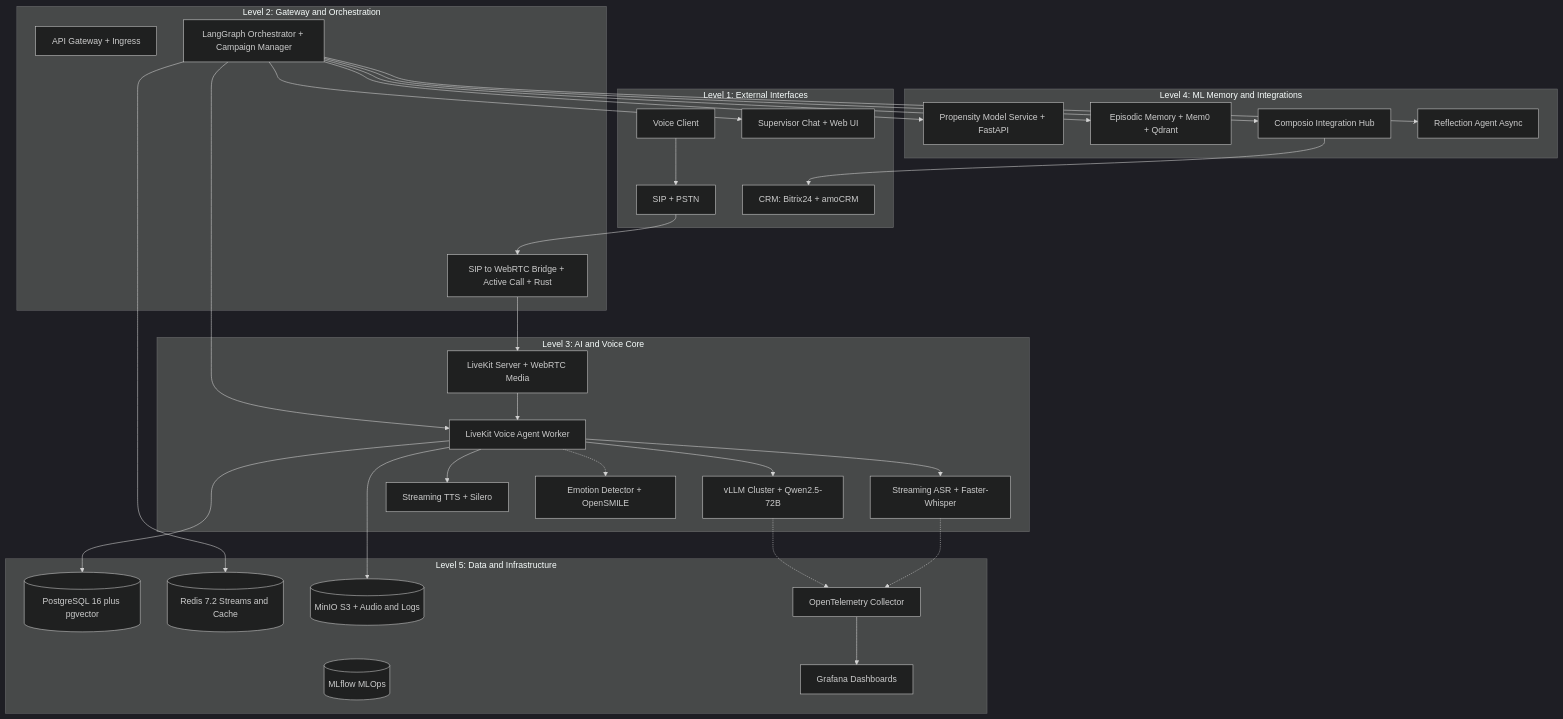
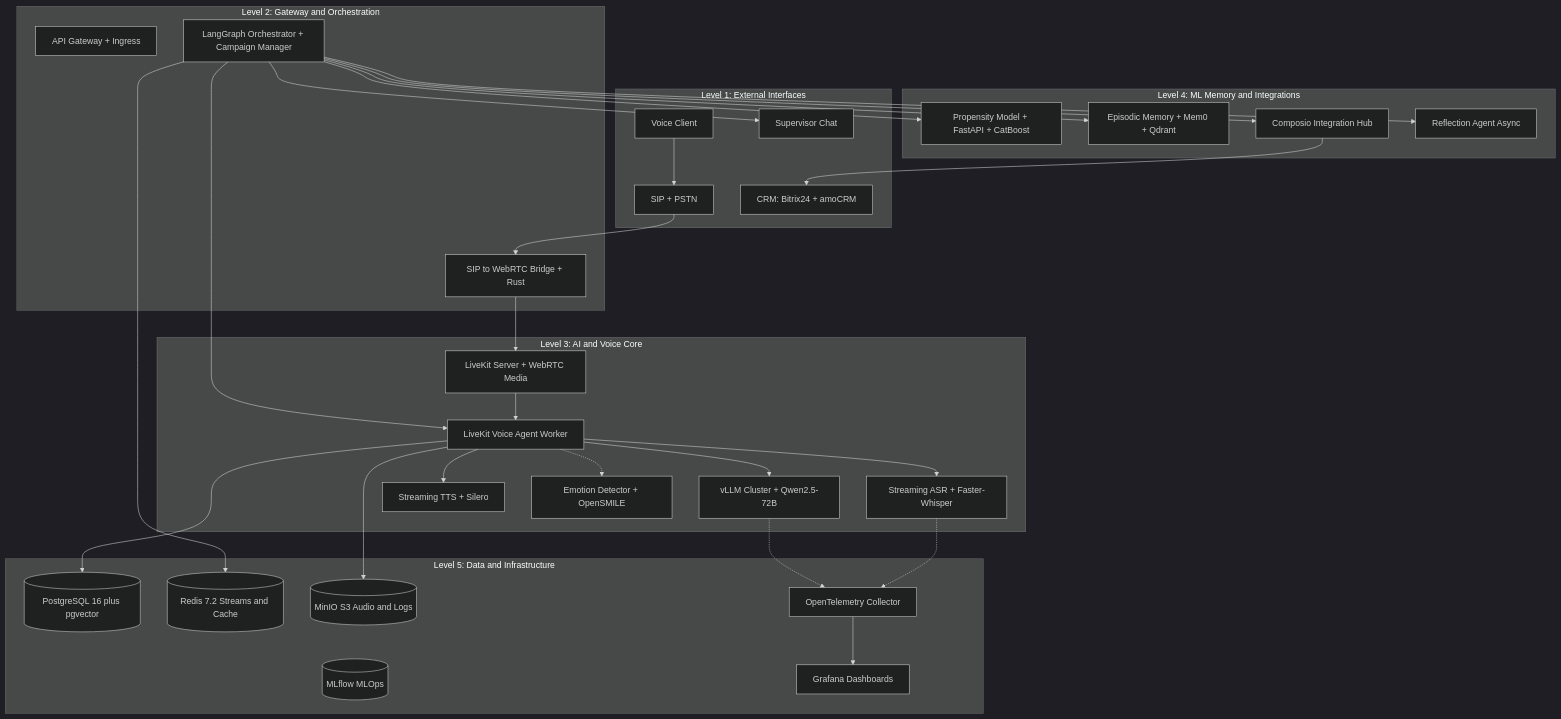
The first of 4 diagrams in docs/architecture.md (cc-automation-projects/voicegraph-autonomous-agent), drawn with Mermaid (dark theme) before and after one commit.

Commit message:
VGAA-docs обновление docs/architecture.md

````diff
--- a/docs/architecture.md
+++ b/docs/architecture.md
@@ -16,67 +16,67 @@
 ```mermaid
 graph TD
     subgraph "Level 1: External Interfaces"
+        Client[Voice Client]
         SIP[SIP + PSTN]
-        Client[Voice Client]
         CRM[CRM: Bitrix24 + amoCRM]
-        Supervisor[Supervisor Chat + Web UI]
+        Supervisor[Supervisor Chat]
     end
 
     subgraph "Level 2: Gateway and Orchestration"
         APIGW[API Gateway + Ingress]
-        SIPBridge[SIP to WebRTC Bridge + Active Call + Rust]
+        SIPBridge[SIP to WebRTC Bridge + Rust]
         LangGraph[LangGraph Orchestrator + Campaign Manager]
     end
 
     subgraph "Level 3: AI and Voice Core"
         LiveKit[LiveKit Server + WebRTC Media]
         VoiceWorker[LiveKit Voice Agent Worker]
         vLLM[vLLM Cluster + Qwen2.5-72B]
         ASR[Streaming ASR + Faster-Whisper]
         TTS[Streaming TTS + Silero]
         Emotion[Emotion Detector + OpenSMILE]
     end
 
     subgraph "Level 4: ML Memory and Integrations"
-        CatBoost[Propensity Model Service + FastAPI]
+        CatBoost[Propensity Model + FastAPI + CatBoost]
         Mem0[Episodic Memory + Mem0 + Qdrant]
         Composio[Composio Integration Hub]
         Reflection[Reflection Agent Async]
     end
 
     subgraph "Level 5: Data and Infrastructure"
         PG[(PostgreSQL 16 plus pgvector)]
         Redis[(Redis 7.2 Streams and Cache)]
-        MinIO[(MinIO S3 + Audio and Logs)]
+        MinIO[(MinIO S3 Audio and Logs)]
         MLflow[(MLflow MLOps)]
         OTel[OpenTelemetry Collector]
         Grafana[Grafana Dashboards]
     end
 
     Client --> SIP
     SIP --> SIPBridge
     SIPBridge --> LiveKit
     LiveKit --> VoiceWorker
     
     VoiceWorker --> ASR
     VoiceWorker --> vLLM
     VoiceWorker --> TTS
     VoiceWorker -.-> Emotion
     
     LangGraph --> VoiceWorker
     LangGraph --> CatBoost
     LangGraph --> Mem0
     LangGraph --> Reflection
     
     LangGraph --> Composio
     Composio --> CRM
     LangGraph --> Supervisor
     
     VoiceWorker --> PG
     VoiceWorker --> MinIO
     LangGraph --> Redis
     
     ASR -.-> OTel
     vLLM -.-> OTel
     OTel --> Grafana
 ```
````
